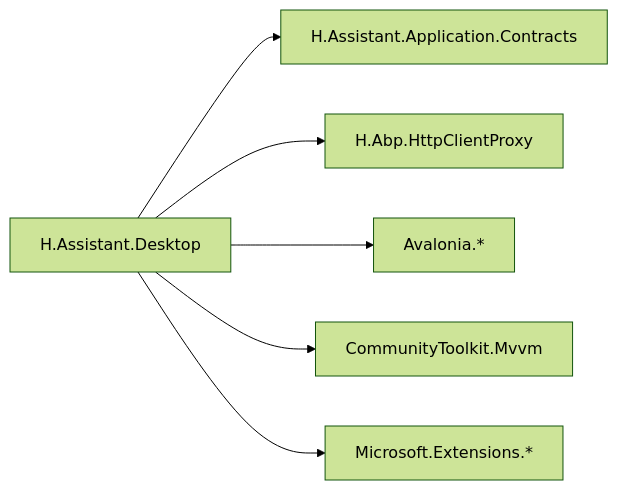
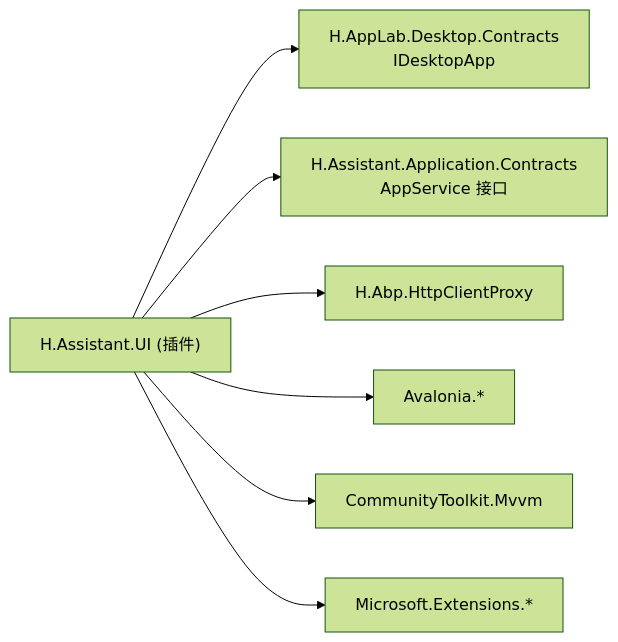
Before and after one commit to openlowcodelab/lowcode: the eighth of 8 diagrams in .qoder/repowiki/zh/content/AI助手服务/桌面端应用/桌面端应用.md, drawn with Mermaid (forest theme). The commit also changed other lines of this file and 31 other files, not shown here.

Commit message:
H.AppLab.Desktop.Host 界面调整

````diff
--- a/.qoder/repowiki/zh/content/AI助手服务/桌面端应用/桌面端应用.md
+++ b/.qoder/repowiki/zh/content/AI助手服务/桌面端应用/桌面端应用.md
@@ -370,8 +367,9 @@
 ```mermaid
 graph LR
-Desktop["H.Assistant.Desktop"] --> Contracts["H.Assistant.Application.Contracts"]
-Desktop --> AbpProxy["H.Abp.HttpClientProxy"]
-Desktop --> Avalonia["Avalonia.*"]
-Desktop --> Mvvm["CommunityToolkit.Mvvm"]
-Desktop --> Extensions["Microsoft.Extensions.*"]
+Plugin["H.Assistant.UI (插件)"] --> Contracts["H.AppLab.Desktop.Contracts<br/>IDesktopApp"]
+Plugin --> AppContracts["H.Assistant.Application.Contracts<br/>AppService 接口"]
+Plugin --> AbpProxy["H.Abp.HttpClientProxy"]
+Plugin --> Avalonia["Avalonia.*"]
+Plugin --> Mvvm["CommunityToolkit.Mvvm"]
+Plugin --> Extensions["Microsoft.Extensions.*"]
 ```
````
